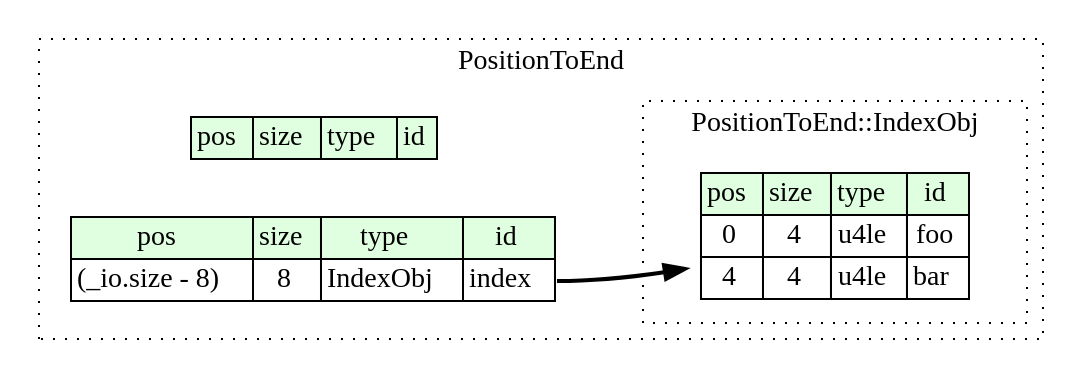
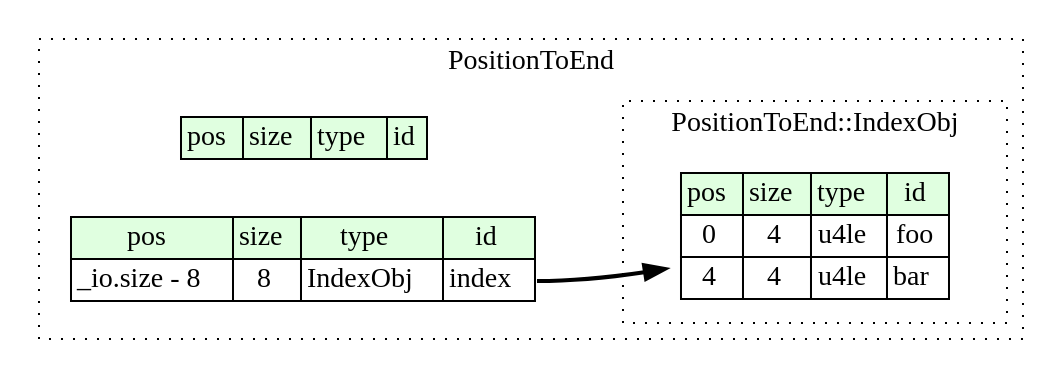
One commit to kaitai-io/ci_targets changed the diagram in compiled/graphviz/position_to_end.dot. Above: the diagram before and after it, drawn with Graphviz. The commit also changed 530 other files, not shown here.

```diff
--- a/compiled/graphviz/position_to_end.dot
+++ b/compiled/graphviz/position_to_end.dot
@@ -1,27 +1,27 @@
 digraph {
 	rankdir=LR;
 	node [shape=plaintext];
 	subgraph cluster__position_to_end {
 		label="PositionToEnd";
 		graph[style=dotted];
 
 		position_to_end__seq [label=<<TABLE BORDER="0" CELLBORDER="1" CELLSPACING="0">
 			<TR><TD BGCOLOR="#E0FFE0">pos</TD><TD BGCOLOR="#E0FFE0">size</TD><TD BGCOLOR="#E0FFE0">type</TD><TD BGCOLOR="#E0FFE0">id</TD></TR>
 		</TABLE>>];
 		position_to_end__inst__index [label=<<TABLE BORDER="0" CELLBORDER="1" CELLSPACING="0">
 			<TR><TD BGCOLOR="#E0FFE0">pos</TD><TD BGCOLOR="#E0FFE0">size</TD><TD BGCOLOR="#E0FFE0">type</TD><TD BGCOLOR="#E0FFE0">id</TD></TR>
-			<TR><TD PORT="index_pos">(_io.size - 8)</TD><TD PORT="index_size">8</TD><TD>IndexObj</TD><TD PORT="index_type">index</TD></TR>
+			<TR><TD PORT="index_pos">_io.size - 8</TD><TD PORT="index_size">8</TD><TD>IndexObj</TD><TD PORT="index_type">index</TD></TR>
 		</TABLE>>];
 		subgraph cluster__index_obj {
 			label="PositionToEnd::IndexObj";
 			graph[style=dotted];
 
 			index_obj__seq [label=<<TABLE BORDER="0" CELLBORDER="1" CELLSPACING="0">
 				<TR><TD BGCOLOR="#E0FFE0">pos</TD><TD BGCOLOR="#E0FFE0">size</TD><TD BGCOLOR="#E0FFE0">type</TD><TD BGCOLOR="#E0FFE0">id</TD></TR>
 				<TR><TD PORT="foo_pos">0</TD><TD PORT="foo_size">4</TD><TD>u4le</TD><TD PORT="foo_type">foo</TD></TR>
 				<TR><TD PORT="bar_pos">4</TD><TD PORT="bar_size">4</TD><TD>u4le</TD><TD PORT="bar_type">bar</TD></TR>
 			</TABLE>>];
 		}
 	}
 	position_to_end__inst__index:index_type -> index_obj__seq [style=bold];
 }
```
